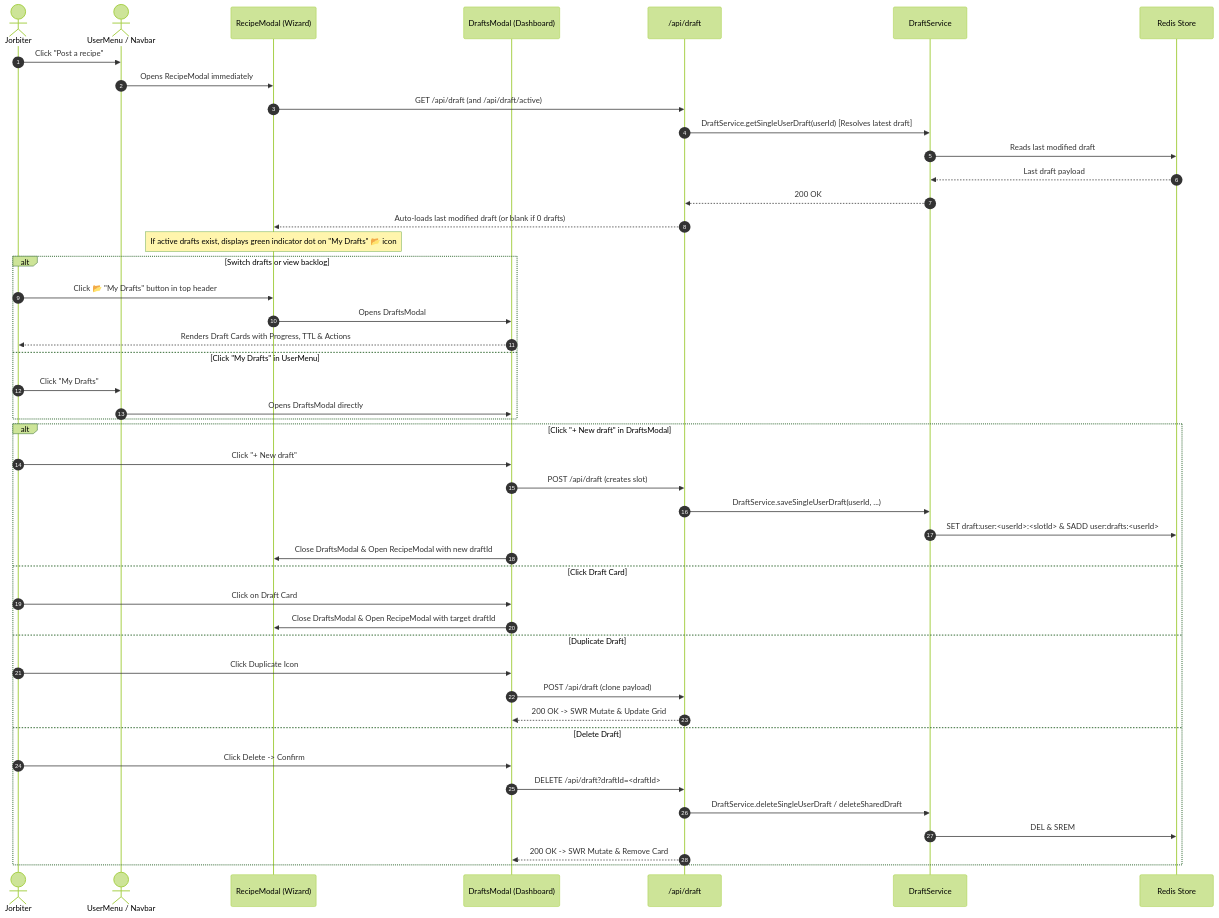
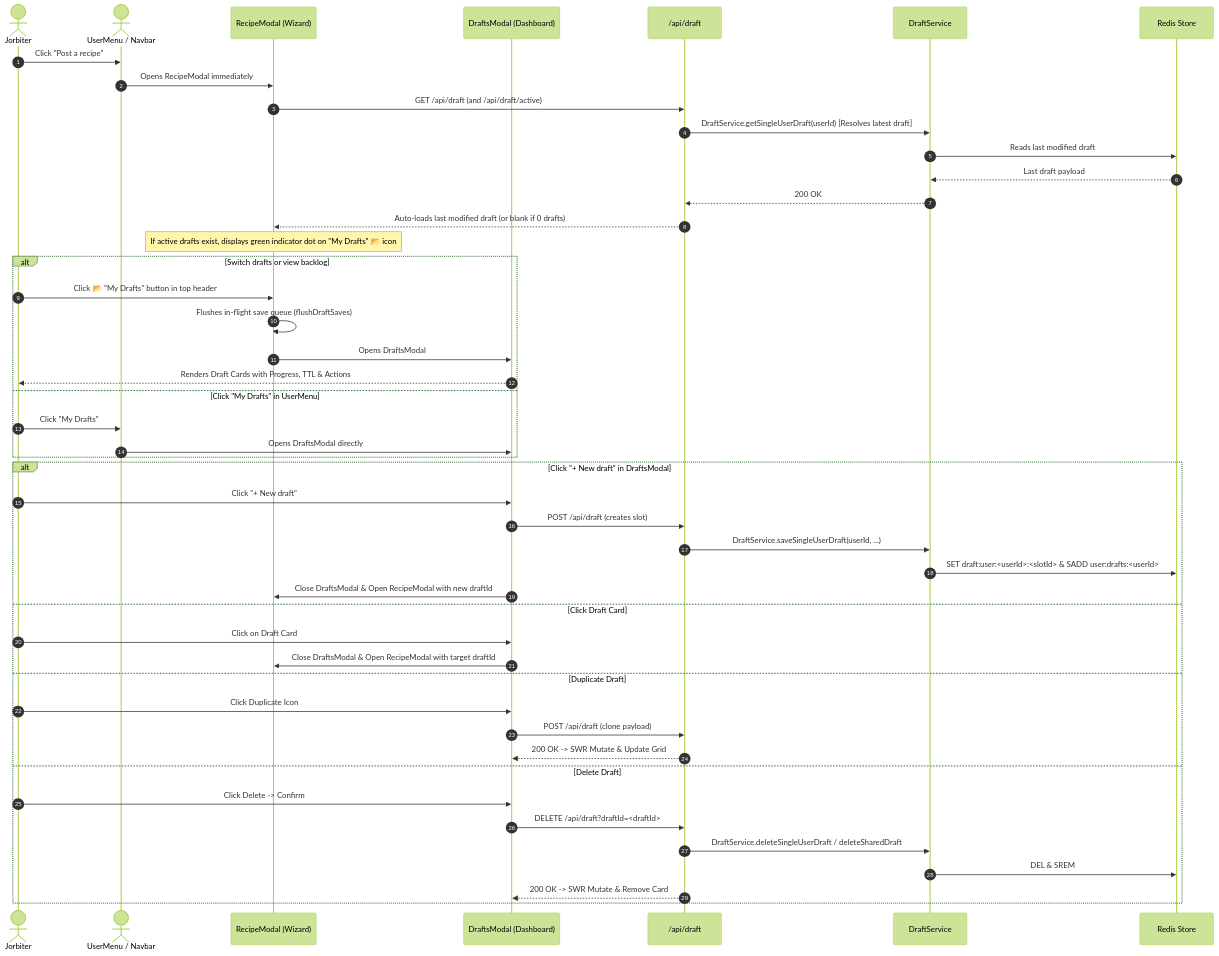
One commit to jorbush/jorbites changed the diagram in docs/drafts.md. Above: the diagram before and after it, drawn with Mermaid (forest theme). The commit also changed other lines of this file and 21 other files, not shown here.

````diff
--- a/docs/drafts.md
+++ b/docs/drafts.md
@@ -30,51 +30,52 @@
 ```mermaid
 sequenceDiagram
     autonumber
     actor User as Jorbiter
     actor UserMenu as UserMenu / Navbar
     participant RM as RecipeModal (Wizard)
     participant DM as DraftsModal (Dashboard)
     participant API as /api/draft
     participant DS as DraftService
     participant Redis as Redis Store
 
     User->>UserMenu: Click "Post a recipe"
     UserMenu->>RM: Opens RecipeModal immediately
     RM->>API: GET /api/draft (and /api/draft/active)
     API->>DS: DraftService.getSingleUserDraft(userId) [Resolves latest draft]
     DS->>Redis: Reads last modified draft
     Redis-->>DS: Last draft payload
     DS-->>API: 200 OK
     API-->>RM: Auto-loads last modified draft (or blank if 0 drafts)
     Note over RM: If active drafts exist, displays green indicator dot on "My Drafts" 📂 icon
 
     alt Switch drafts or view backlog
         User->>RM: Click 📂 "My Drafts" button in top header
+        RM->>RM: Flushes in-flight save queue (flushDraftSaves)
         RM->>DM: Opens DraftsModal
         DM-->>User: Renders Draft Cards with Progress, TTL & Actions
     else Click "My Drafts" in UserMenu
         User->>UserMenu: Click "My Drafts"
         UserMenu->>DM: Opens DraftsModal directly
     end
 
     alt Click "+ New draft" in DraftsModal
         User->>DM: Click "+ New draft"
         DM->>API: POST /api/draft (creates slot)
         API->>DS: DraftService.saveSingleUserDraft(userId, ...)
         DS->>Redis: SET draft:user:<userId>:<slotId> & SADD user:drafts:<userId>
         DM->>RM: Close DraftsModal & Open RecipeModal with new draftId
     else Click Draft Card
         User->>DM: Click on Draft Card
         DM->>RM: Close DraftsModal & Open RecipeModal with target draftId
     else Duplicate Draft
         User->>DM: Click Duplicate Icon
         DM->>API: POST /api/draft (clone payload)
         API-->>DM: 200 OK -> SWR Mutate & Update Grid
     else Delete Draft
         User->>DM: Click Delete -> Confirm
         DM->>API: DELETE /api/draft?draftId=<draftId>
         API->>DS: DraftService.deleteSingleUserDraft / deleteSharedDraft
         DS->>Redis: DEL & SREM
         API-->>DM: 200 OK -> SWR Mutate & Remove Card
     end
 ```
````
